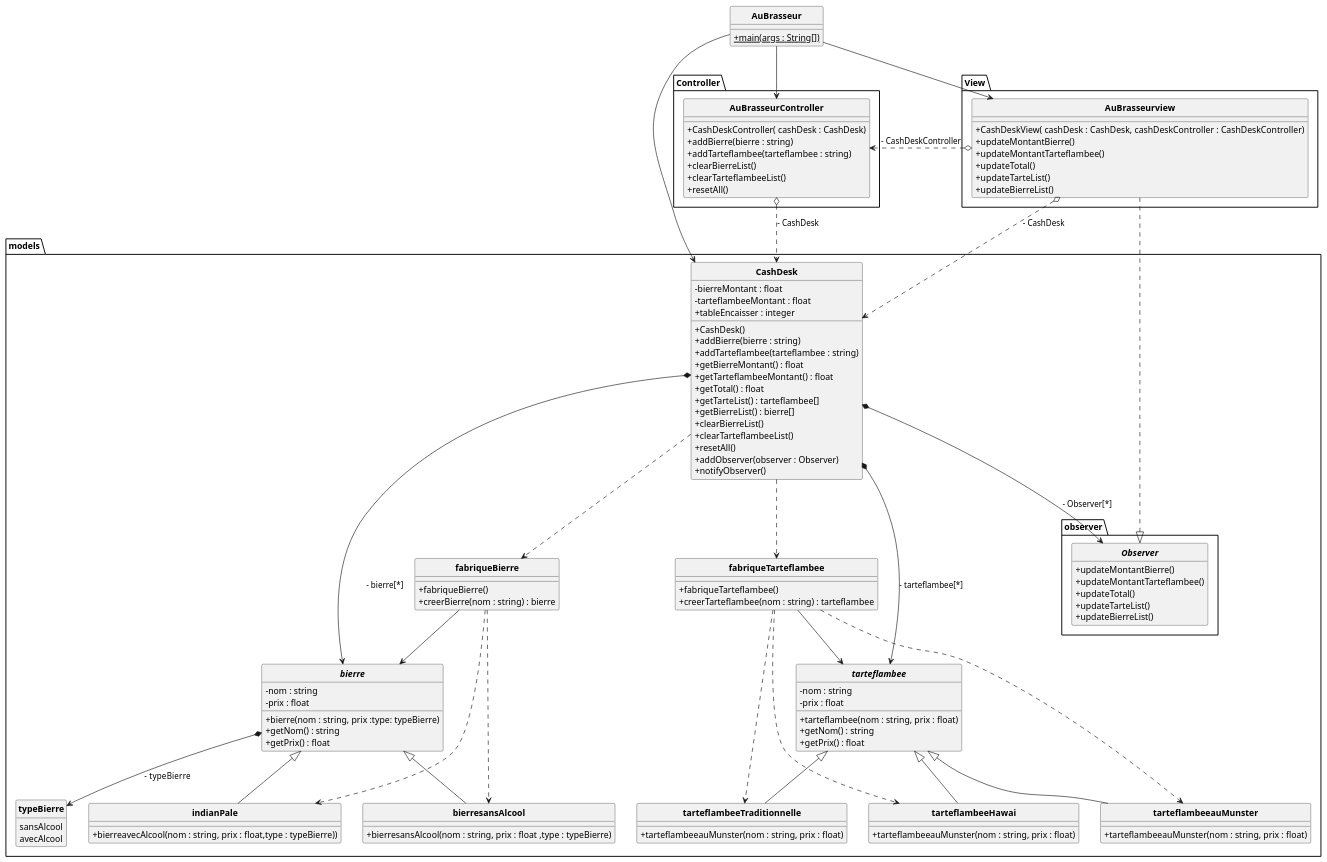
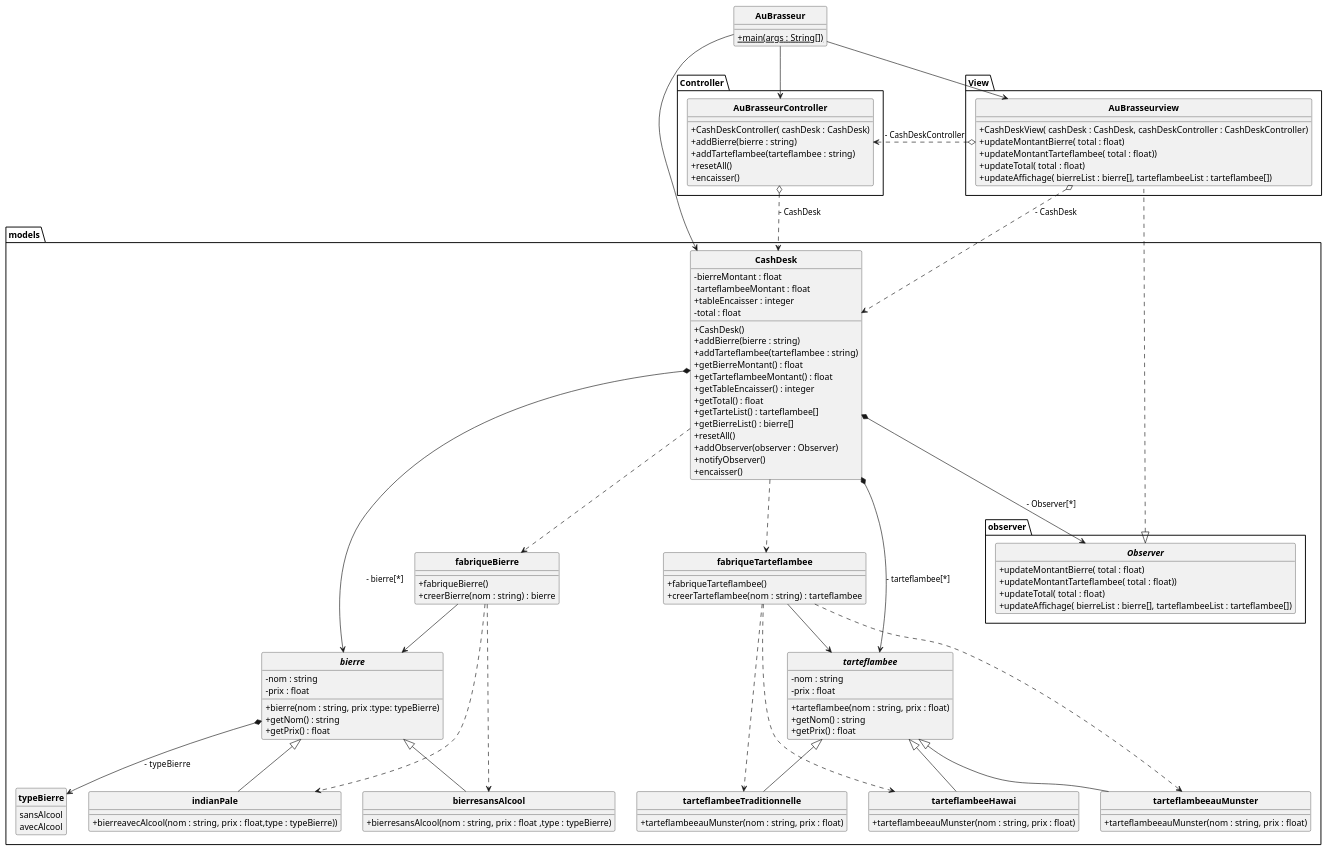
Before and after one commit to tejdin/Conception: the diagram in TPnote/diags/auBrasseur.puml, drawn with PlantUML. The commit also changed 31 other files, not shown here.

```diff
--- a/TPnote/diags/auBrasseur.puml
+++ b/TPnote/diags/auBrasseur.puml
@@ -1,154 +1,154 @@
 @startuml
 
 skinparam style strictuml
 skinparam classAttributeIconSize 0
 skinparam classFontStyle Bold
 hide enum methods
 hide interface attributes
 
 class AuBrasseur {
 	+ {static} main(args : String[])
 }
 
 package models{
 
 
 abstract class bierre {
     -nom : string
     -prix : float
     +bierre(nom : string, prix :type: typeBierre)
     +getNom() : string
     +getPrix() : float
 }
 
 abstract class tarteflambee {
     -nom : string
     -prix : float
     +tarteflambee(nom : string, prix : float)
     +getNom() : string
     +getPrix() : float
 }
 
 enum typeBierre {
     sansAlcool
     avecAlcool
 }
 bierre *--> typeBierre : -  typeBierre
 
 class bierresansAlcool extends bierre {
     +bierresansAlcool(nom : string, prix : float ,type : typeBierre)
 }
 
 class indianPale extends bierre {
     +bierreavecAlcool(nom : string, prix : float,type : typeBierre))
 }
 
 class tarteflambeeauMunster extends tarteflambee {
     +tarteflambeeauMunster(nom : string, prix : float)
 }
 
 class tarteflambeeTraditionnelle extends tarteflambee {
     +tarteflambeeauMunster(nom : string, prix : float)
 }
 
 class tarteflambeeHawai extends tarteflambee {
     +tarteflambeeauMunster(nom : string, prix : float)
 }
 
 class fabriqueBierre {
     +fabriqueBierre()
     +creerBierre(nom : string) : bierre
 }
 
 class fabriqueTarteflambee {
     +fabriqueTarteflambee()
     +creerTarteflambee(nom : string) : tarteflambee
 }
 fabriqueBierre --> bierre
 fabriqueTarteflambee --> tarteflambee
 fabriqueBierre ..> bierresansAlcool
 fabriqueBierre ..> indianPale
 fabriqueTarteflambee ..> tarteflambeeauMunster
 fabriqueTarteflambee ..> tarteflambeeTraditionnelle
 fabriqueTarteflambee ..> tarteflambeeHawai
 
 class CashDesk {
     -bierreMontant : float
     -tarteflambeeMontant : float
     +tableEncaisser : integer
+    -total : float
 
     +CashDesk()
     +addBierre(bierre : string)
     +addTarteflambee(tarteflambee : string)
     +getBierreMontant() : float
     +getTarteflambeeMontant() : float
+    +getTableEncaisser() : integer
     +getTotal() : float
     +getTarteList() : tarteflambee[]
     +getBierreList() : bierre[]
-    +clearBierreList()
-    +clearTarteflambeeList()
     +resetAll()
     +addObserver(observer : Observer)
     +notifyObserver()
+    +encaisser()
 }
 
 CashDesk *--> bierre: - bierre[*]
 CashDesk *--> tarteflambee: - tarteflambee[*]
 CashDesk ..> fabriqueBierre
 CashDesk ..> fabriqueTarteflambee
 
 package observer{
 
 interface Observer {
-    +updateMontantBierre()
-    +updateMontantTarteflambee()
-    +updateTotal()
-    +updateTarteList()
-    +updateBierreList()
+
+    +updateMontantBierre( total : float)
+    +updateMontantTarteflambee( total : float))
+    +updateTotal( total : float)
+    +updateAffichage( bierreList : bierre[], tarteflambeeList : tarteflambee[])
 
 }
 }
 
 CashDesk *--> Observer: - Observer[*]
 }
 
 package Controller{
 class AuBrasseurController {
     +CashDeskController( cashDesk : CashDesk)
     +addBierre(bierre : string)
     +addTarteflambee(tarteflambee : string)
-    +clearBierreList()
-    +clearTarteflambeeList()
     +resetAll()
+    +encaisser()
 }
 
 AuBrasseurController o..> CashDesk: - CashDesk
 }
 
 
 package View{
 class AuBrasseurview implements models.observer.Observer {
     +CashDeskView( cashDesk : CashDesk, cashDeskController : CashDeskController)
-    +updateMontantBierre()
-    +updateMontantTarteflambee()
-    +updateTotal()
-    +updateTarteList()
-    +updateBierreList()
+    +updateMontantBierre( total : float)
+    +updateMontantTarteflambee( total : float))
+    +updateTotal( total : float)
+    +updateAffichage( bierreList : bierre[], tarteflambeeList : tarteflambee[])
+
 
 
 }
 
 AuBrasseurview o..> CashDesk: - CashDesk
 AuBrasseurview o..> AuBrasseurController : - CashDeskController
 }
 
 AuBrasseur --> AuBrasseurController
 AuBrasseur --> AuBrasseurview
 AuBrasseur --> CashDesk
 
 
 
 
 
 
 @enduml
```
